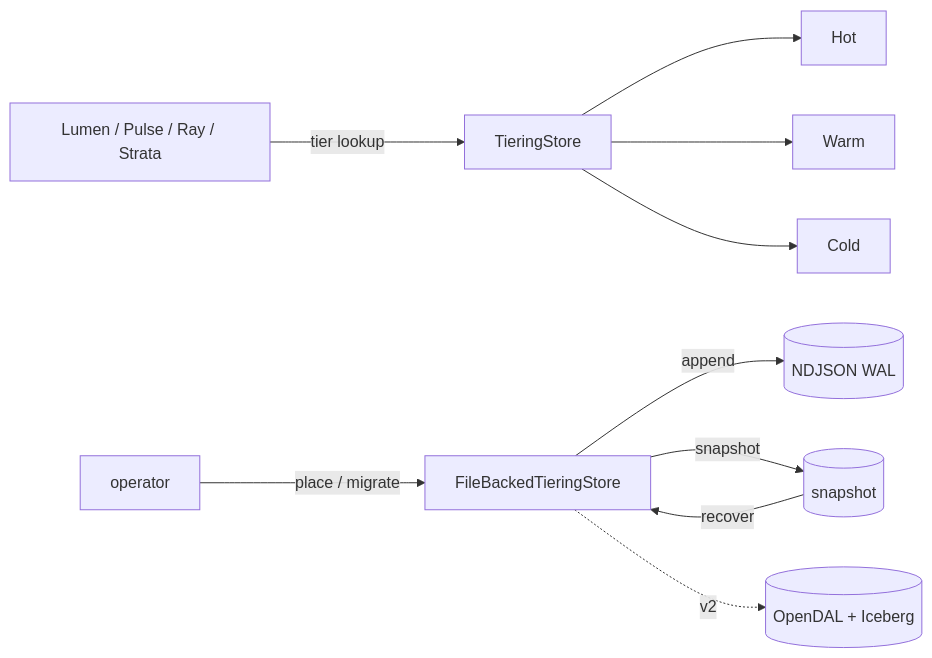
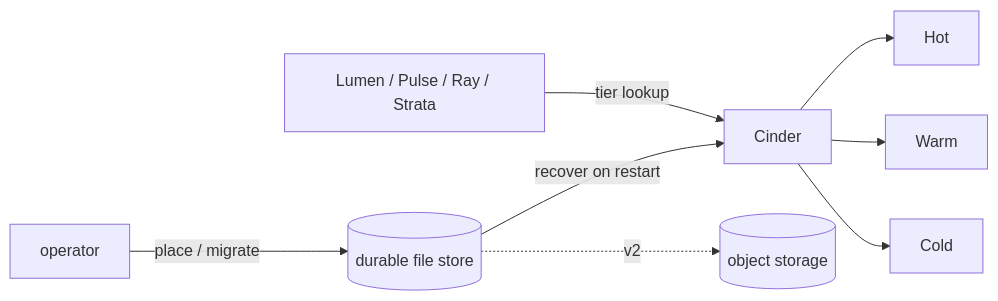
One commit to andrealaforgia/kaleidoscope-site changed the diagram in src/content/docs/components/cinder.md. Above: the diagram before and after it, drawn with Mermaid. The commit also changed other lines of this file and 23 other files, not shown here.

````diff
--- a/src/content/docs/components/cinder.md
+++ b/src/content/docs/components/cinder.md
@@ -27,10 +26,8 @@
 ```mermaid
 flowchart LR
- Engines[Lumen / Pulse / Ray / Strata] -->|tier lookup| T[TieringStore]
- T --> H[Hot] & W[Warm] & C[Cold]
- Op[operator] -->|place / migrate| FB[FileBackedTieringStore]
- FB -->|append| WAL[(NDJSON WAL)]
- FB -->|snapshot| Snap[(snapshot)]
- Snap -->|recover| FB
- FB -.->|v2| Iceberg[(OpenDAL + Iceberg)]
+    Engines[Lumen / Pulse / Ray / Strata] -->|tier lookup| C[Cinder]
+    C --> H[Hot] & W[Warm] & Cold[Cold]
+    Op[operator] -->|place / migrate| Durable[(durable file store)]
+    Durable -->|recover on restart| C
+    Durable -.->|v2| Cloud[(object storage)]
 ```
````
